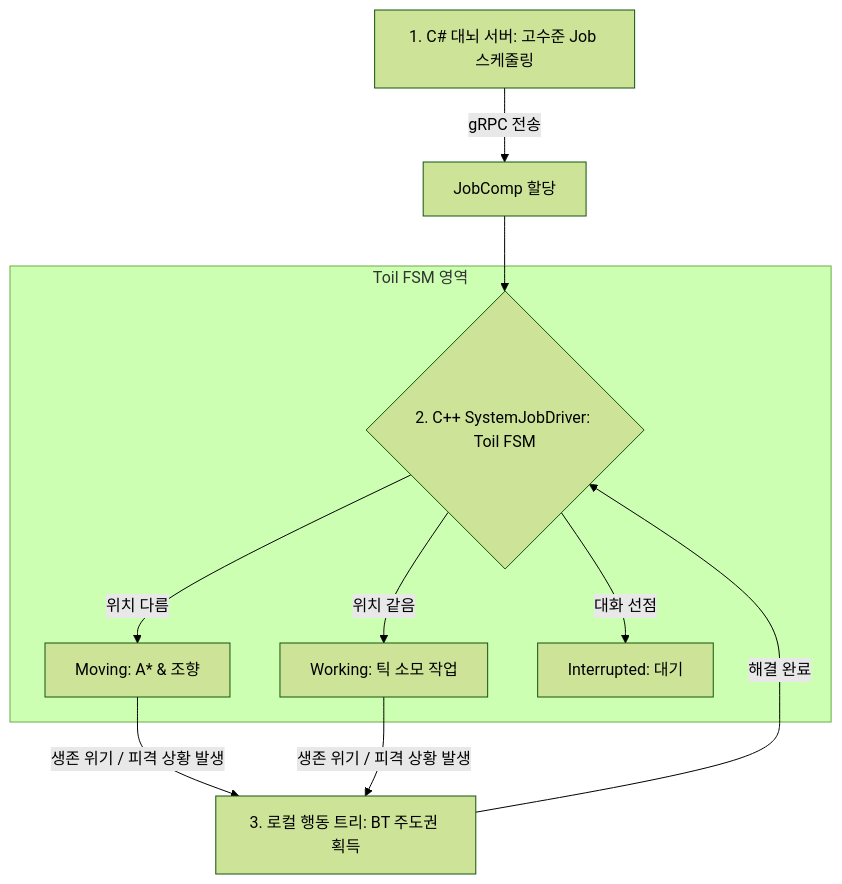
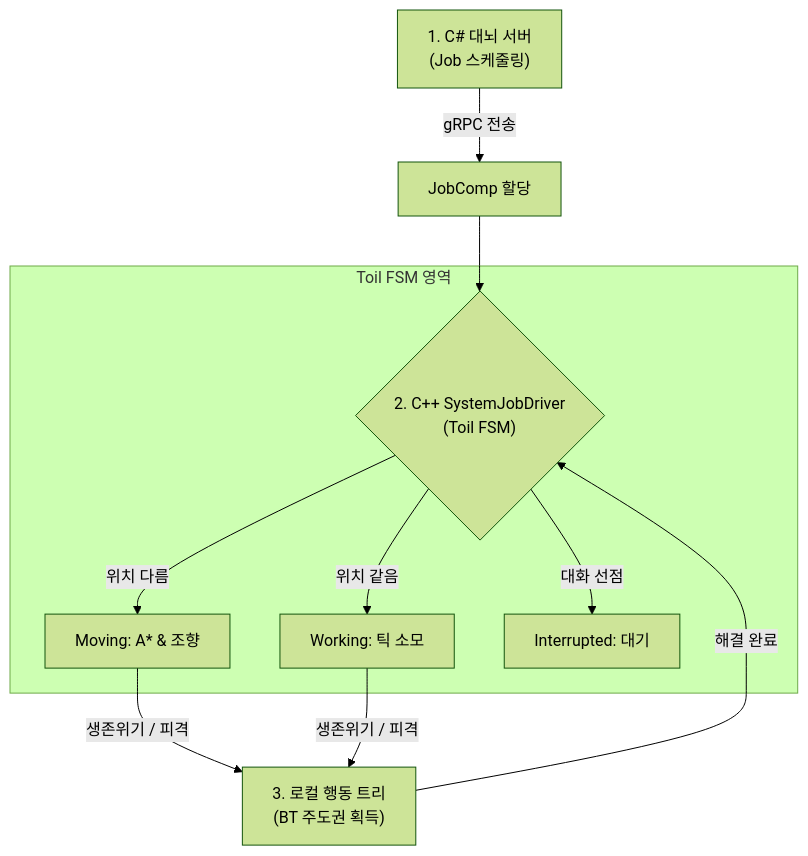
The second of 4 diagrams in MundusVivens/docs/02_agent_design.md (jin20203458/Obsidian.Agent), drawn with Mermaid (forest theme) before and after one commit. The commit also changed other lines of this file, not shown here.

Commit message:
docs: compact Mermaid labels with <br/> and replace ordered list with H4 headers in 02_agent_design.md

````diff
--- a/MundusVivens/docs/02_agent_design.md
+++ b/MundusVivens/docs/02_agent_design.md
@@ -53,15 +53,15 @@
 ```mermaid
 flowchart TD
-    CS["1. C# 대뇌 서버: 고수준 Job 스케줄링"] -->|"gRPC 전송"| JobComp["JobComp 할당"]
-    JobComp --> Driver{"2. C++ SystemJobDriver: Toil FSM"}
+    CS["1. C# 대뇌 서버<br/>(Job 스케줄링)"] -->|"gRPC 전송"| JobComp["JobComp 할당"]
+    JobComp --> Driver{"2. C++ SystemJobDriver<br/>(Toil FSM)"}
     
     subgraph TOIL_FSM ["Toil FSM 영역"]
         Driver -->|"위치 다름"| Move["Moving: A* & 조향"]
-        Driver -->|"위치 같음"| Work["Working: 틱 소모 작업"]
+        Driver -->|"위치 같음"| Work["Working: 틱 소모"]
         Driver -->|"대화 선점"| Interrupted["Interrupted: 대기"]
     end
 
-    Move -->|"생존 위기 / 피격 상황 발생"| BT["3. 로컬 행동 트리: BT 주도권 획득"]
-    Work -->|"생존 위기 / 피격 상황 발생"| BT
+    Move -->|"생존위기 / 피격"| BT["3. 로컬 행동 트리<br/>(BT 주도권 획득)"]
+    Work -->|"생존위기 / 피격"| BT
     BT -->|"해결 완료"| Driver
 ```
````
